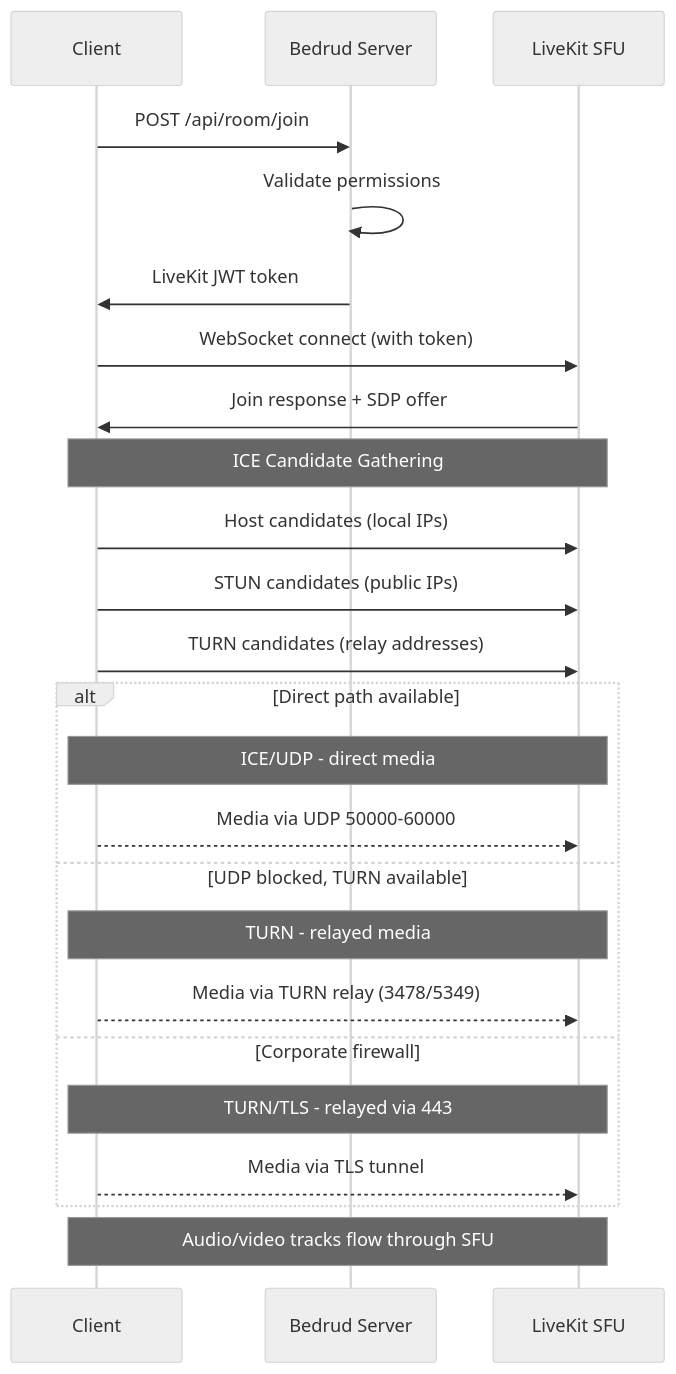
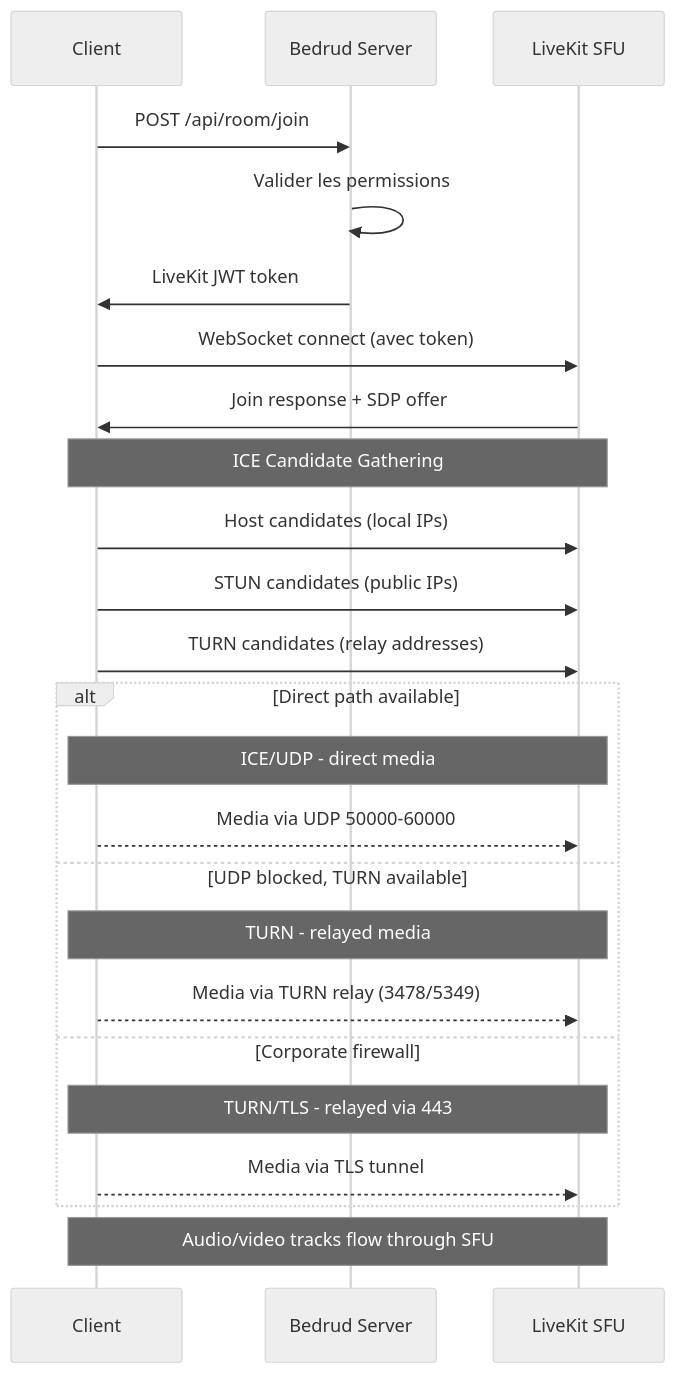
The first of 4 diagrams in src/content/docs/fr/architecture/webrtc-connectivity.mdx (bedrud-ir/bedrud-landing), drawn with Mermaid (neutral theme) before and after one commit. The commit also changed other lines of this file and 137 other files, not shown here.

````diff
--- a/src/content/docs/fr/architecture/webrtc-connectivity.mdx
+++ b/src/content/docs/fr/architecture/webrtc-connectivity.mdx
@@ -15,31 +15,31 @@
 ```mermaid
 sequenceDiagram
     participant C as Client
     participant S as Bedrud Server
     participant LK as LiveKit SFU
 
     C->>S: POST /api/room/join
-    S->>S: Validate permissions
+    S->>S: Valider les permissions
     S->>C: LiveKit JWT token
 
-    C->>LK: WebSocket connect (with token)
+    C->>LK: WebSocket connect (avec token)
     LK->>C: Join response + SDP offer
 
     Note over C,LK: ICE Candidate Gathering
     C->>LK: Host candidates (local IPs)
     C->>LK: STUN candidates (public IPs)
     C->>LK: TURN candidates (relay addresses)
 
     alt Direct path available
         Note over C,LK: ICE/UDP - direct media
         C-->>LK: Media via UDP 50000-60000
     else UDP blocked, TURN available
         Note over C,LK: TURN - relayed media
         C-->>LK: Media via TURN relay (3478/5349)
     else Corporate firewall
         Note over C,LK: TURN/TLS - relayed via 443
         C-->>LK: Media via TLS tunnel
     end
 
     Note over C,LK: Audio/video tracks flow through SFU
 ```
````
